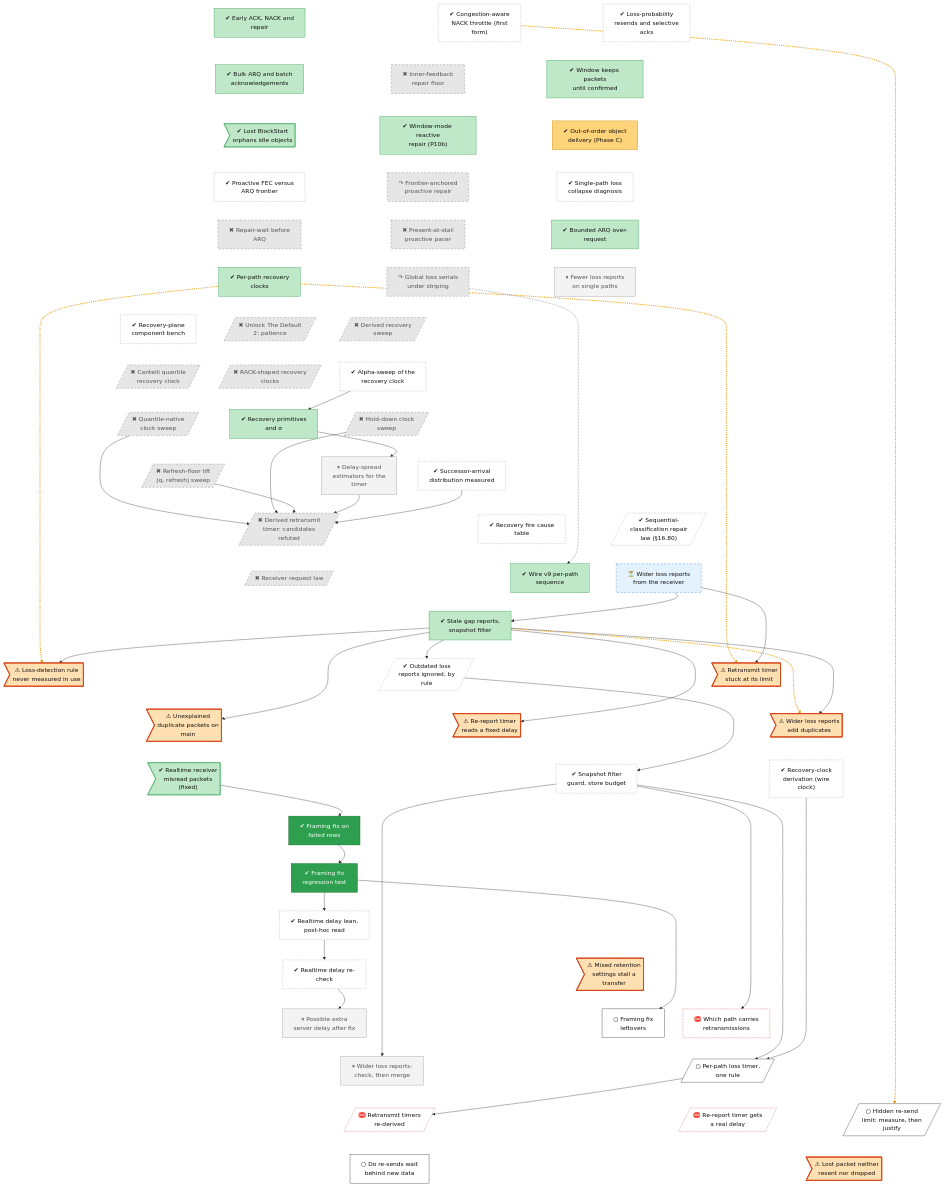
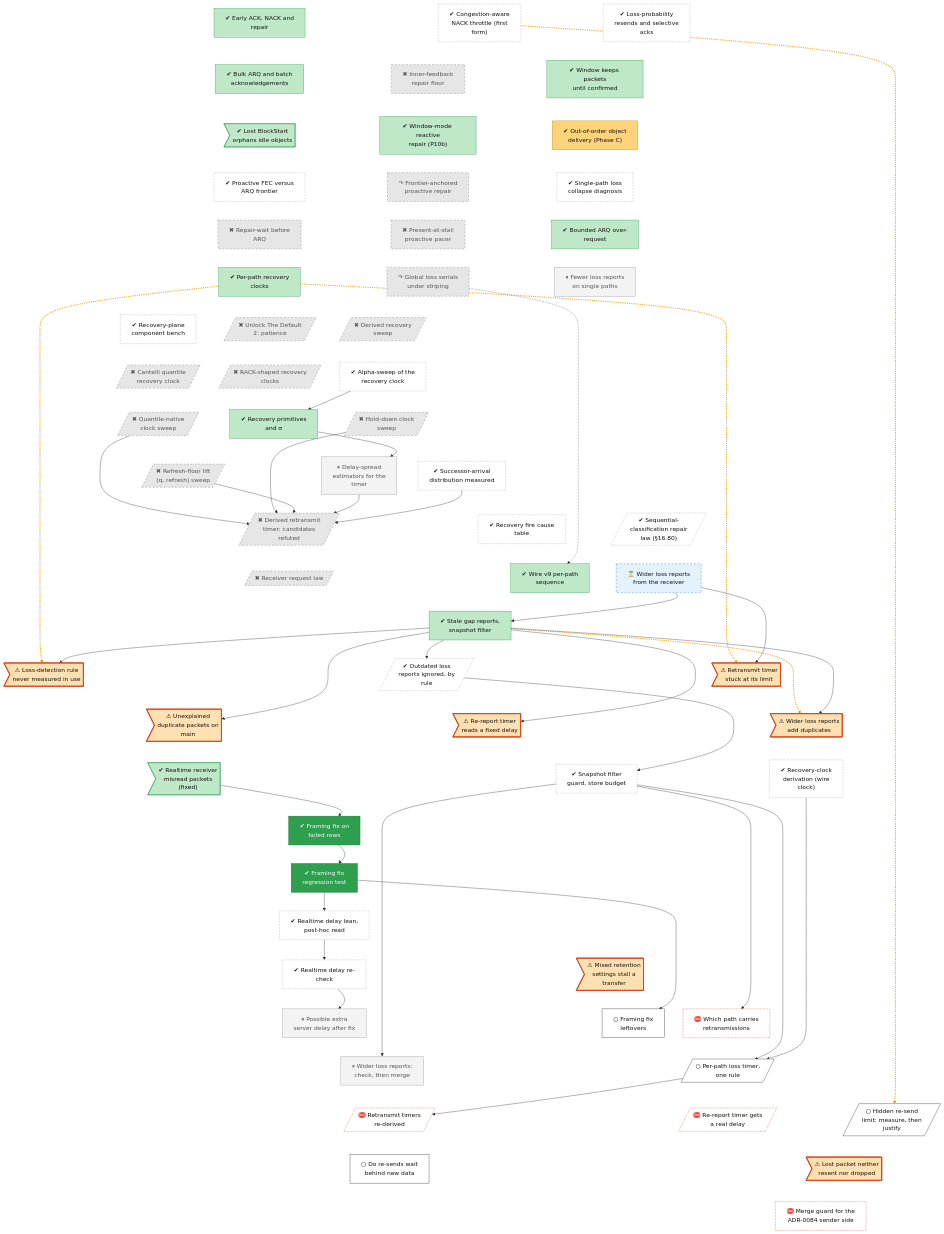
Before and after one commit to lhns/raptorpath: the diagram in docs/roadmap/tracks/rec.md, drawn with Mermaid. The commit also changed other lines of this file and 5 other files, not shown here.

````diff
--- a/docs/roadmap/tracks/rec.md
+++ b/docs/roadmap/tracks/rec.md
@@ -70,6 +70,7 @@
     rec_fix_nack_throttle[/"○ Hidden re-send<br/>limit: measure, then<br/>justify"/]
     rec_retx_behind_source["○ Do re-sends wait<br/>behind new data"]
     rec_evict_blocker_unresolved>"⚠ Lost packet neither<br/>resent nor dropped"]
+    rec_adr84_guard["⛔ Merge guard for the<br/>ADR-0084 sender side"]
     rec_early_arq ~~~ rec_bulk_arq
     rec_nack_congestion ~~~ rec_p10a_repair_floor
     rec_plost_sack ~~~ rec_reliable_window
@@ -134,6 +135,8 @@
     rec_recovery_timeouts ~~~ rec_retx_behind_source
     rec_fix_refresh_clock ~~~ rec_evict_blocker_unresolved
     rec_fix_nack_throttle ~~~ rec_evict_blocker_unresolved
+    rec_retx_behind_source ~~~ rec_adr84_guard
+    rec_evict_blocker_unresolved ~~~ rec_adr84_guard
     rec_nack_congestion -.-> rec_fix_nack_throttle
     rec_per_path_clocks -.-> rec_defect_qclk_clamp
     rec_per_path_clocks -.-> rec_defect_hole_law
@@ -165,7 +168,7 @@
     rec_s54_session --> rec_fix_perleg_clock_n1
     rec_wire_clock_derivation --> rec_fix_perleg_clock_n1
     rec_fix_perleg_clock_n1 --> rec_recovery_timeouts
-    linkStyle 64,65,66,76 stroke:#e69500,stroke-width:3px,stroke-dasharray:2 3
+    linkStyle 66,67,68,78 stroke:#e69500,stroke-width:3px,stroke-dasharray:2 3
     classDef vsucc fill:#2e9e4f,stroke:#1b6b34,color:#fff
     classDef succ fill:#bfe8c8,stroke:#2e9e4f,color:#111
     classDef mixed fill:#ffd37a,stroke:#c98a00,color:#111
@@ -189,5 +192,5 @@
     class rec_defect_qclk_clamp,rec_defect_hole_law,rec_defect_refresh_input,rec_leverb_c1d_cost,rec_defect_base_duplicates,rec_mixed_rho_stall,rec_evict_blocker_unresolved finding
     class rec_s63_f2_first_contact,rec_f2_merge_guard vsucc
     class rec_framing_followups,rec_fix_perleg_clock_n1,rec_fix_nack_throttle,rec_retx_behind_source next
-    class rec_w0_leg_question,rec_recovery_timeouts,rec_fix_refresh_clock blocked
+    class rec_w0_leg_question,rec_recovery_timeouts,rec_fix_refresh_clock,rec_adr84_guard blocked
 ```
````
